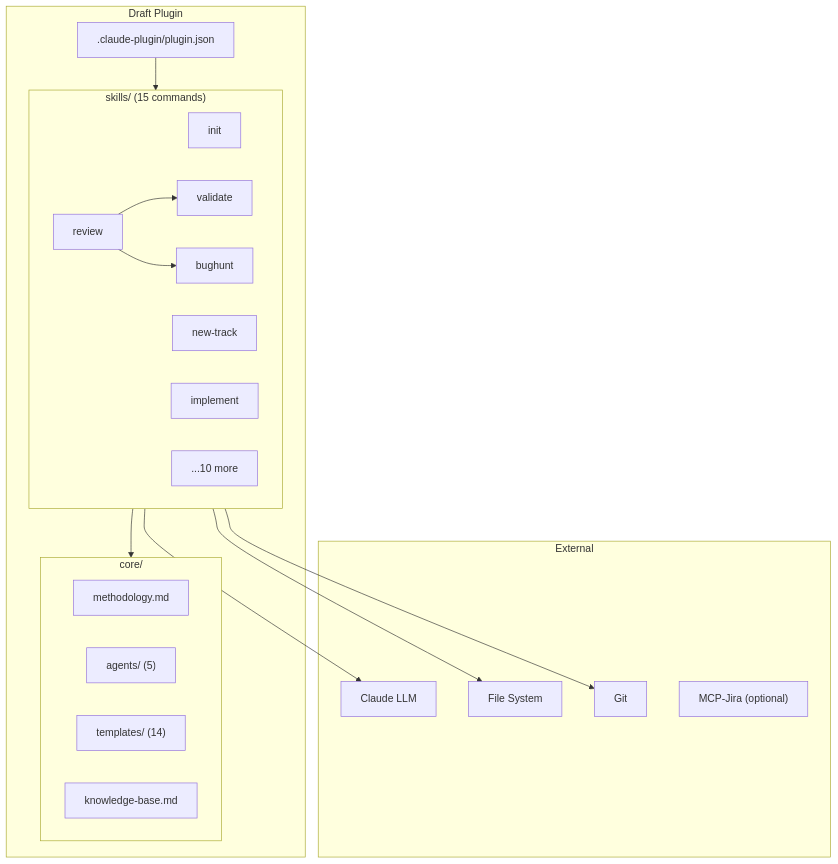
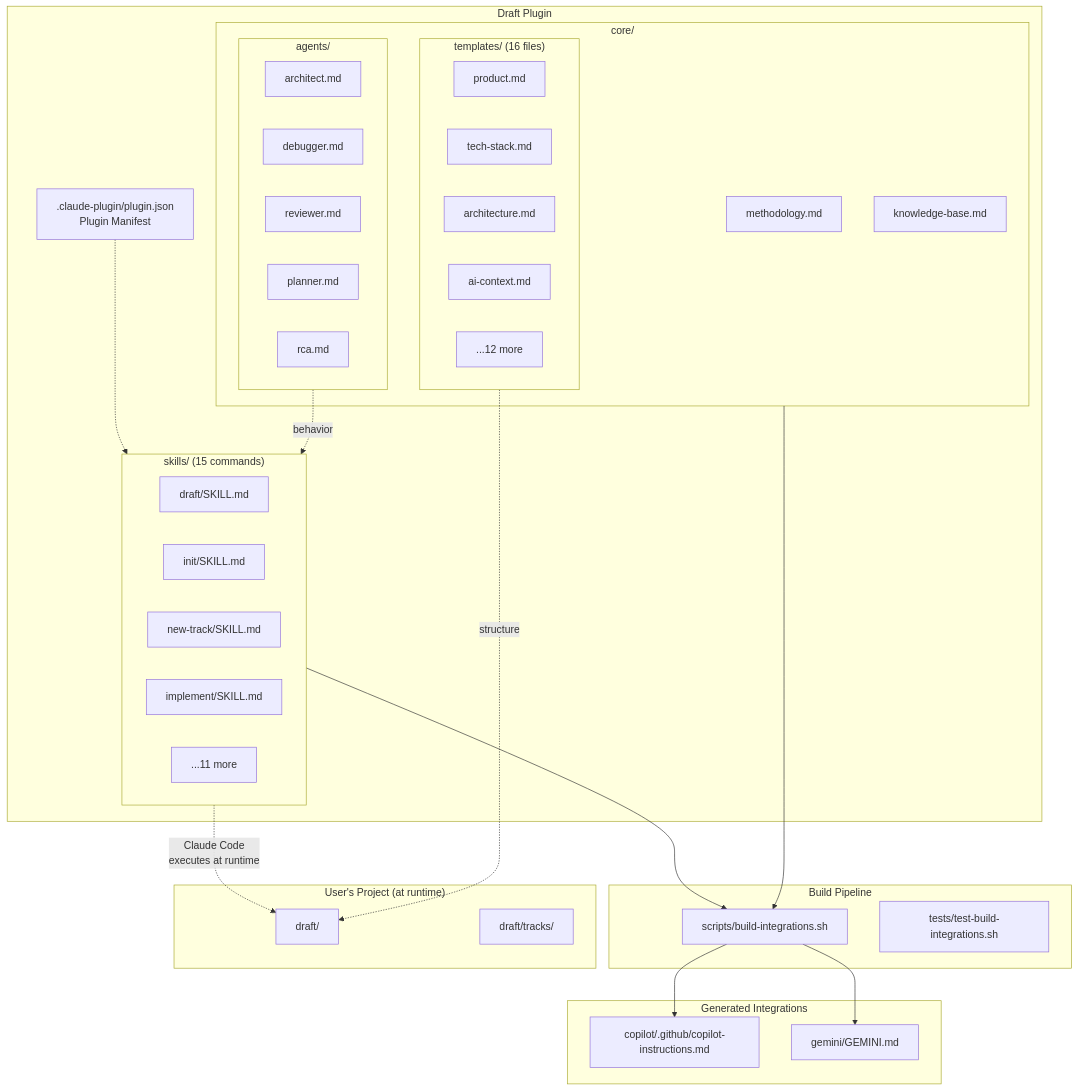
Before and after one commit to mayurpise/draft: the first of 9 diagrams in draft/architecture.md, drawn with Mermaid. The commit also changed other lines of this file and 6 other files, not shown here.

First line of the commit message:
feat(init): regenerate draft context with exhaustive architecture analysis

````diff
--- a/draft/architecture.md
+++ b/draft/architecture.md
@@ -123,34 +125,55 @@
 ```mermaid
 flowchart TD
     subgraph Plugin["Draft Plugin"]
-        Manifest[".claude-plugin/plugin.json"]
+        PJ[".claude-plugin/plugin.json<br/>Plugin Manifest"]
         subgraph Skills["skills/ (15 commands)"]
-            Init["init"]
-            NewTrack["new-track"]
-            Implement["implement"]
-            Review["review"]
-            Validate["validate"]
-            BugHunt["bughunt"]
-            Others["...10 more"]
+            S1["draft/SKILL.md"]
+            S2["init/SKILL.md"]
+            S3["new-track/SKILL.md"]
+            S4["implement/SKILL.md"]
+            S5["...11 more"]
         end
         subgraph Core["core/"]
-            Methodology["methodology.md"]
-            Agents["agents/ (5)"]
-            Templates["templates/ (14)"]
-            KnowledgeBase["knowledge-base.md"]
+            M["methodology.md"]
+            KB["knowledge-base.md"]
+            subgraph Agents["agents/"]
+                A1["architect.md"]
+                A2["debugger.md"]
+                A3["reviewer.md"]
+                A4["planner.md"]
+                A5["rca.md"]
+            end
+            subgraph Templates["templates/ (16 files)"]
+                T1["product.md"]
+                T2["tech-stack.md"]
+                T3["architecture.md"]
+                T4["ai-context.md"]
+                T5["...12 more"]
+            end
         end
     end
-    subgraph External["External"]
-        Claude["Claude LLM"]
-        FSys["File System"]
-        Git["Git"]
-        MCP["MCP-Jira (optional)"]
+
+    subgraph Build["Build Pipeline"]
+        BS["scripts/build-integrations.sh"]
+        TS["tests/test-build-integrations.sh"]
     end
-    Manifest --> Skills
-    Skills --> Core
-    Skills --> Claude
-    Skills --> FSys
-    Skills --> Git
-    Review --> Validate
-    Review --> BugHunt
+
+    subgraph Output["Generated Integrations"]
+        CO["copilot/.github/copilot-instructions.md"]
+        GE["gemini/GEMINI.md"]
+    end
+
+    subgraph UserProject["User's Project (at runtime)"]
+        DP["draft/"]
+        TR["draft/tracks/"]
+    end
+
+    PJ -.-> Skills
+    Skills --> BS
+    Core --> BS
+    BS --> CO
+    BS --> GE
+    Skills -.->|"Claude Code<br/>executes at runtime"| DP
+    Templates -.->|"structure"| DP
+    Agents -.->|"behavior"| Skills
 ```
````
